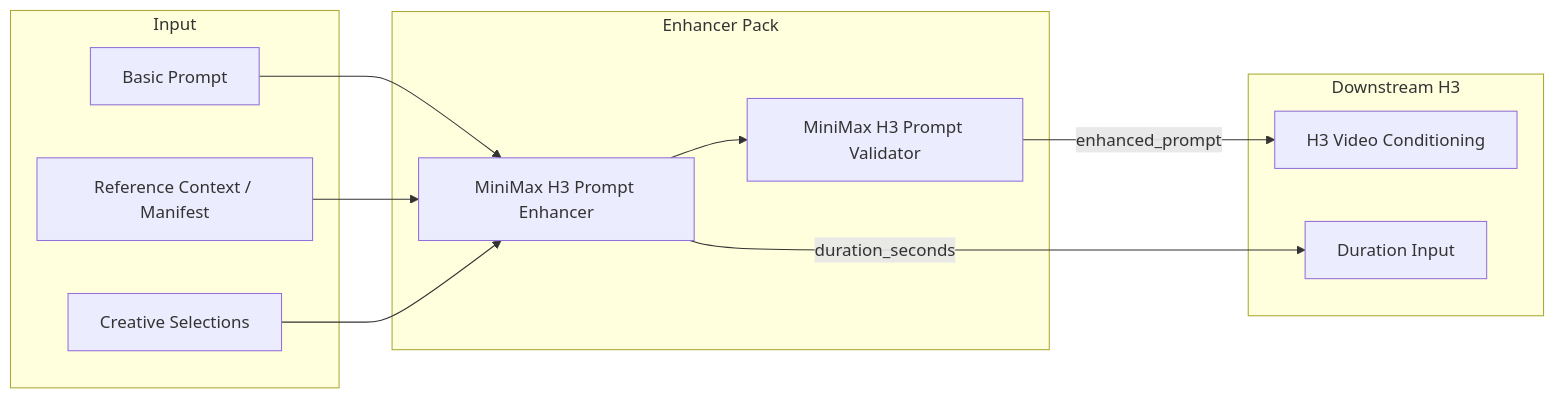
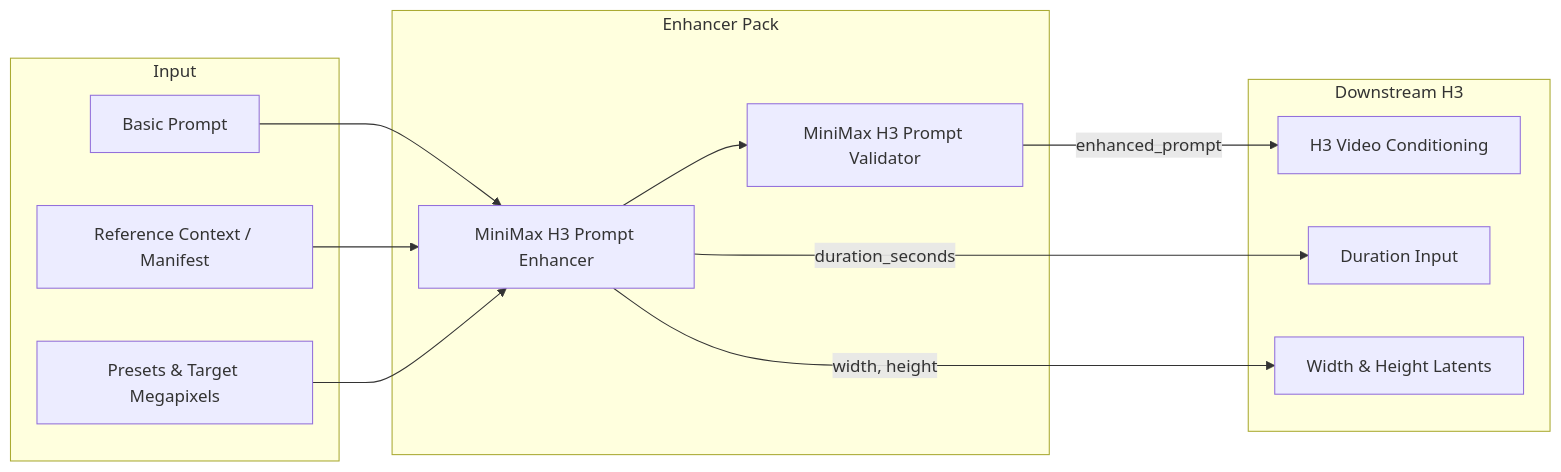
One commit to hyukudan/ComfyUI-MiniMax-H3-Prompt-Enhancer changed the diagram in README.md. Above: the diagram before and after it, drawn with Mermaid. The commit also changed other lines of this file and 1 other file, not shown here.

Commit message:
docs: document target_megapixels resolution math and style presets in README and prompt_contracts

````diff
--- a/README.md
+++ b/README.md
@@ -84,22 +85,24 @@
 ```mermaid
 graph LR
     subgraph Input
         A[Basic Prompt]
         B[Reference Context / Manifest]
-        C[Creative Selections]
+        C[Presets & Target Megapixels]
     end
     subgraph Enhancer Pack
         D[MiniMax H3 Prompt Enhancer]
         E[MiniMax H3 Prompt Validator]
     end
     subgraph Downstream H3
         F[H3 Video Conditioning]
         G[Duration Input]
+        H[Width & Height Latents]
     end
     A --> D
     B --> D
     C --> D
     D --> E
     E -->|enhanced_prompt| F
     D -->|duration_seconds| G
+    D -->|width, height| H
 ```
````
